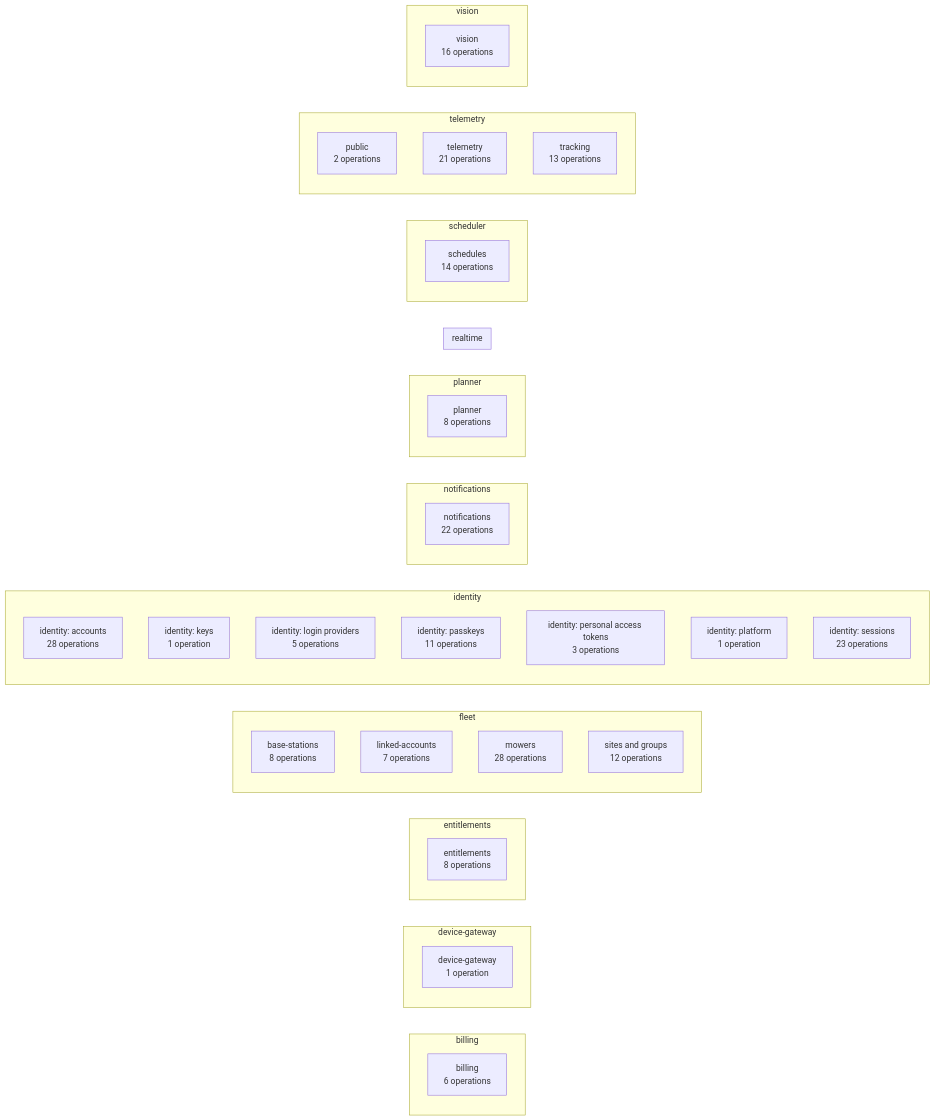
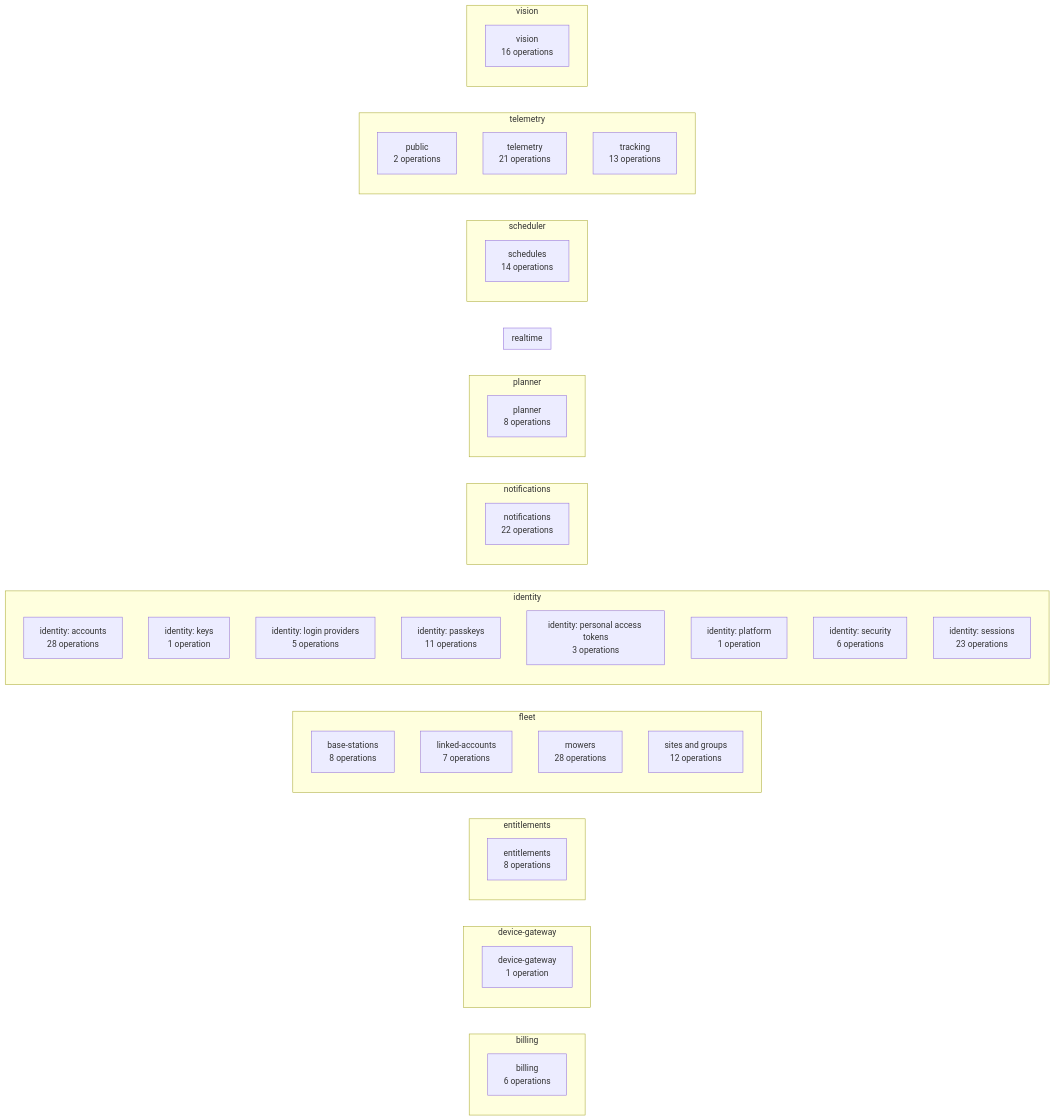
Before and after one commit to lukislp/mowdeck: diagram 14 of 15 in docs/architecture/generated.md, drawn with Mermaid. The commit also changed other lines of this file and 10 other files, not shown here.

Commit message:
docs: ADR 0065 security center, guide, READMEs, API reference and diagrams

````diff
--- a/docs/architecture/generated.md
+++ b/docs/architecture/generated.md
@@ -435,57 +435,58 @@
 ```mermaid
 flowchart LR
   subgraph billing["billing"]
     direction TB
     billing_billing["billing<br/>6 operations"]
   end
   subgraph device_gateway["device-gateway"]
     direction TB
     device_gateway_device_gateway["device-gateway<br/>1 operation"]
   end
   subgraph entitlements["entitlements"]
     direction TB
     entitlements_entitlements["entitlements<br/>8 operations"]
   end
   subgraph fleet["fleet"]
     direction TB
     fleet_base_stations["base-stations<br/>8 operations"]
     fleet_linked_accounts["linked-accounts<br/>7 operations"]
     fleet_mowers["mowers<br/>28 operations"]
     fleet_sites_and_groups["sites and groups<br/>12 operations"]
   end
   subgraph identity["identity"]
     direction TB
     identity_identity__accounts["identity: accounts<br/>28 operations"]
     identity_identity__keys["identity: keys<br/>1 operation"]
     identity_identity__login_providers["identity: login providers<br/>5 operations"]
     identity_identity__passkeys["identity: passkeys<br/>11 operations"]
     identity_identity__personal_access_tokens["identity: personal access tokens<br/>3 operations"]
     identity_identity__platform["identity: platform<br/>1 operation"]
+    identity_identity__security["identity: security<br/>6 operations"]
     identity_identity__sessions["identity: sessions<br/>23 operations"]
   end
   subgraph notifications["notifications"]
     direction TB
     notifications_notifications["notifications<br/>22 operations"]
   end
   subgraph planner["planner"]
     direction TB
     planner_planner["planner<br/>8 operations"]
   end
   subgraph realtime["realtime"]
     direction TB
   end
   subgraph scheduler["scheduler"]
     direction TB
     scheduler_schedules["schedules<br/>14 operations"]
   end
   subgraph telemetry["telemetry"]
     direction TB
     telemetry_public["public<br/>2 operations"]
     telemetry_telemetry["telemetry<br/>21 operations"]
     telemetry_tracking["tracking<br/>13 operations"]
   end
   subgraph vision["vision"]
     direction TB
     vision_vision["vision<br/>16 operations"]
   end
 ```
````
